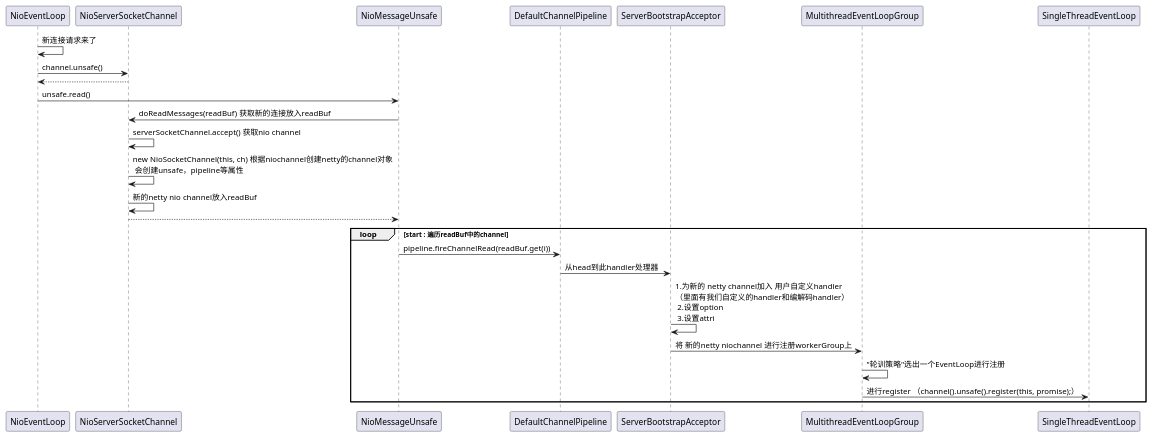
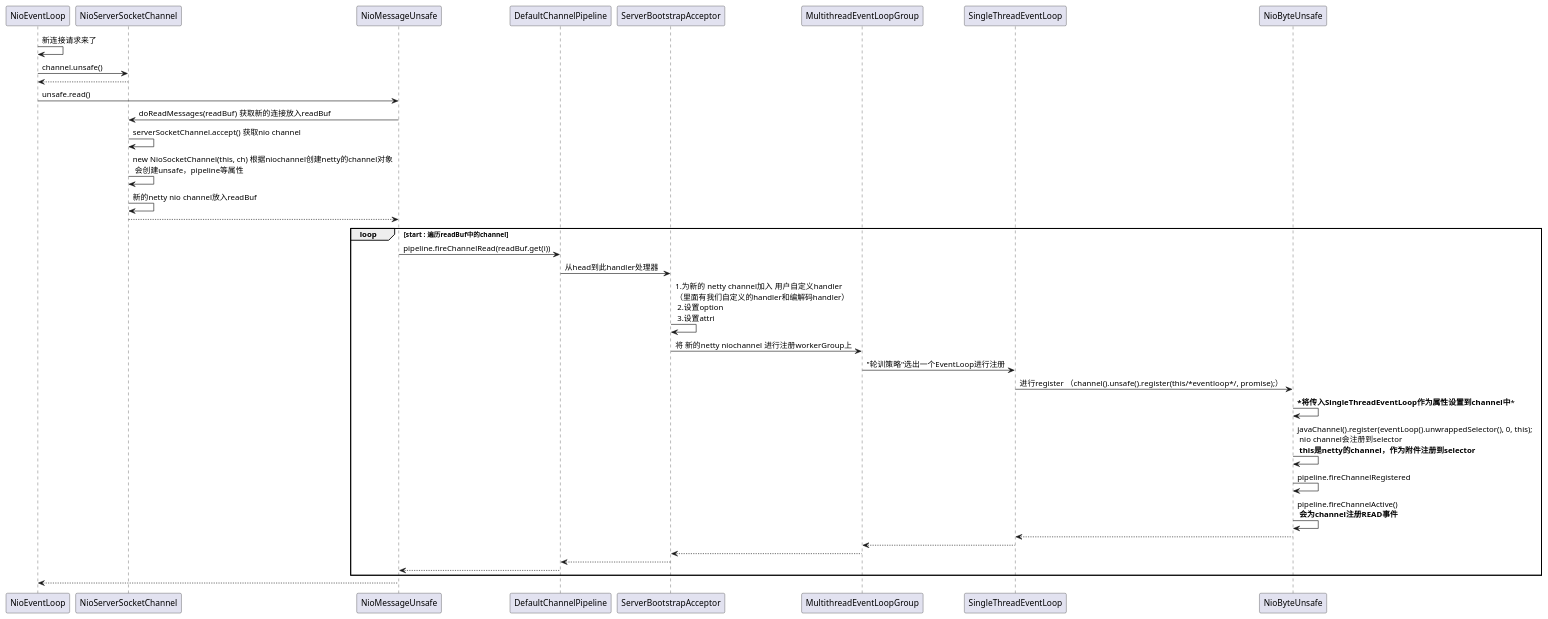
One commit to sybnfkn/java-chaotic changed the diagram in netty/新链接到来.puml. Above: the diagram before and after it, drawn with PlantUML.

```diff
--- a/netty/新链接到来.puml
+++ b/netty/新链接到来.puml
@@ -1,25 +1,33 @@
 @startuml
 NioEventLoop -> NioEventLoop:新连接请求来了
 NioEventLoop -> NioServerSocketChannel:channel.unsafe()
 NioServerSocketChannel --> NioEventLoop
 
 NioEventLoop -> NioMessageUnsafe:unsafe.read()
 
 NioMessageUnsafe -> NioServerSocketChannel:doReadMessages(readBuf) 获取新的连接放入readBuf
 NioServerSocketChannel -> NioServerSocketChannel:serverSocketChannel.accept() 获取nio channel
 NioServerSocketChannel -> NioServerSocketChannel:new NioSocketChannel(this, ch) 根据niochannel创建netty的channel对象 \n 会创建unsafe，pipeline等属性
 NioServerSocketChannel -> NioServerSocketChannel:新的netty nio channel放入readBuf
 NioServerSocketChannel --> NioMessageUnsafe:
 loop start : 遍历readBuf中的channel
 NioMessageUnsafe -> DefaultChannelPipeline:pipeline.fireChannelRead(readBuf.get(i))
 DefaultChannelPipeline -> ServerBootstrapAcceptor: 从head到此handler处理器
 ServerBootstrapAcceptor -> ServerBootstrapAcceptor:1.为新的 netty channel加入 用户自定义handler \n（里面有我们自定义的handler和编解码handler）\n 2.设置option \n 3.设置attri
 ServerBootstrapAcceptor -> MultithreadEventLoopGroup:将 新的netty niochannel 进行注册workerGroup上
-MultithreadEventLoopGroup -> MultithreadEventLoopGroup:"轮训策略"选出一个EventLoop进行注册
-MultithreadEventLoopGroup -> SingleThreadEventLoop:进行register （channel().unsafe().register(this, promise);）
+MultithreadEventLoopGroup -> SingleThreadEventLoop:"轮训策略"选出一个EventLoop进行注册
+SingleThreadEventLoop -> NioByteUnsafe: 进行register （channel().unsafe().register(this/*eventloop*/, promise);）
+NioByteUnsafe -> NioByteUnsafe: ***将传入SingleThreadEventLoop作为属性设置到channel中***
+NioByteUnsafe -> NioByteUnsafe:javaChannel().register(eventLoop().unwrappedSelector(), 0, this); \n nio channel会注册到selector \n **this是netty的channel，作为附件注册到selector**
 
-
-
+NioByteUnsafe-> NioByteUnsafe:pipeline.fireChannelRegistered
+NioByteUnsafe -> NioByteUnsafe:pipeline.fireChannelActive() \n **会为channel注册READ事件**
+NioByteUnsafe --> SingleThreadEventLoop
+SingleThreadEventLoop --> MultithreadEventLoopGroup
+MultithreadEventLoopGroup --> ServerBootstrapAcceptor
+ServerBootstrapAcceptor --> DefaultChannelPipeline
+DefaultChannelPipeline --> NioMessageUnsafe
 end
+NioMessageUnsafe --> NioEventLoop
 
 @enduml
```
